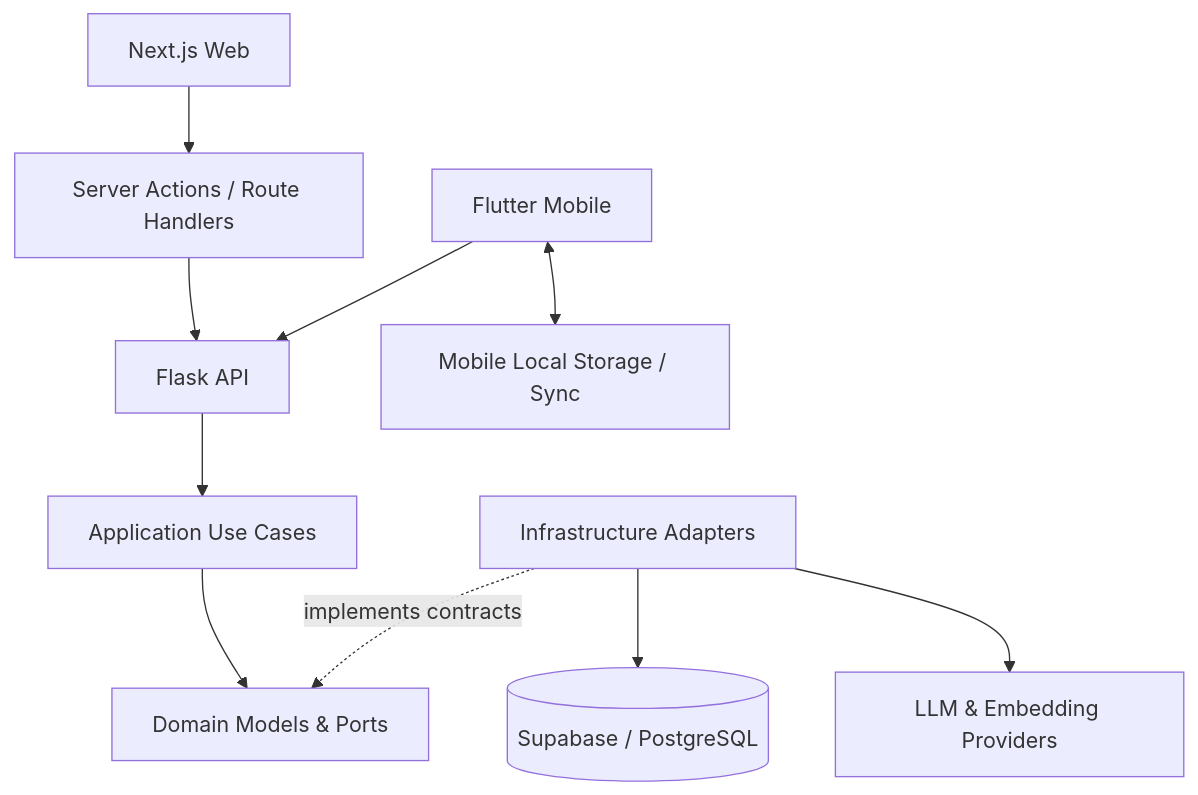
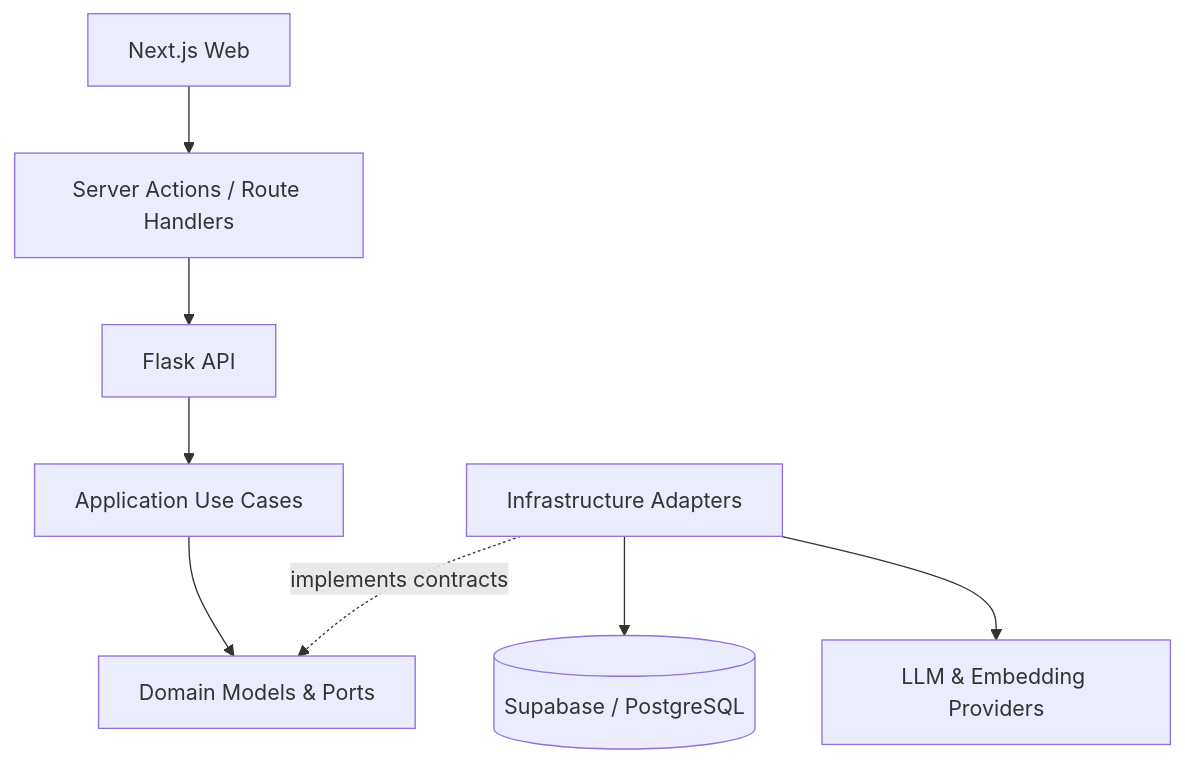
Before and after one commit to akifkeklik/book-ai-app: the diagram in docs/ARCHITECTURE.md, drawn with Mermaid. The commit also changed other lines of this file and 308 other files, not shown here.

First line of the commit message:
refactor!: make Libris web-only and remove learning paths and knowledge graph (#65)

```diff
--- a/docs/ARCHITECTURE.md
+++ b/docs/ARCHITECTURE.md
@@ -15,23 +14,19 @@
 ~~~mermaid
 flowchart TB
     WEB["Next.js Web"]
-    MOBILE["Flutter Mobile"]
     WEB_SERVER["Server Actions / Route Handlers"]
     API["Flask API"]
     DOMAIN["Domain Models & Ports"]
     APP["Application Use Cases"]
     INFRA["Infrastructure Adapters"]
     SUPA[("Supabase / PostgreSQL")]
     LLM["LLM & Embedding Providers"]
-    OUTBOX["Mobile Local Storage / Sync"]
 
     WEB --> WEB_SERVER
     WEB_SERVER --> API
-    MOBILE --> API
-    MOBILE <--> OUTBOX
     API --> APP
     APP --> DOMAIN
     INFRA -. implements contracts .-> DOMAIN
     INFRA --> SUPA
     INFRA --> LLM
 ~~~
```
